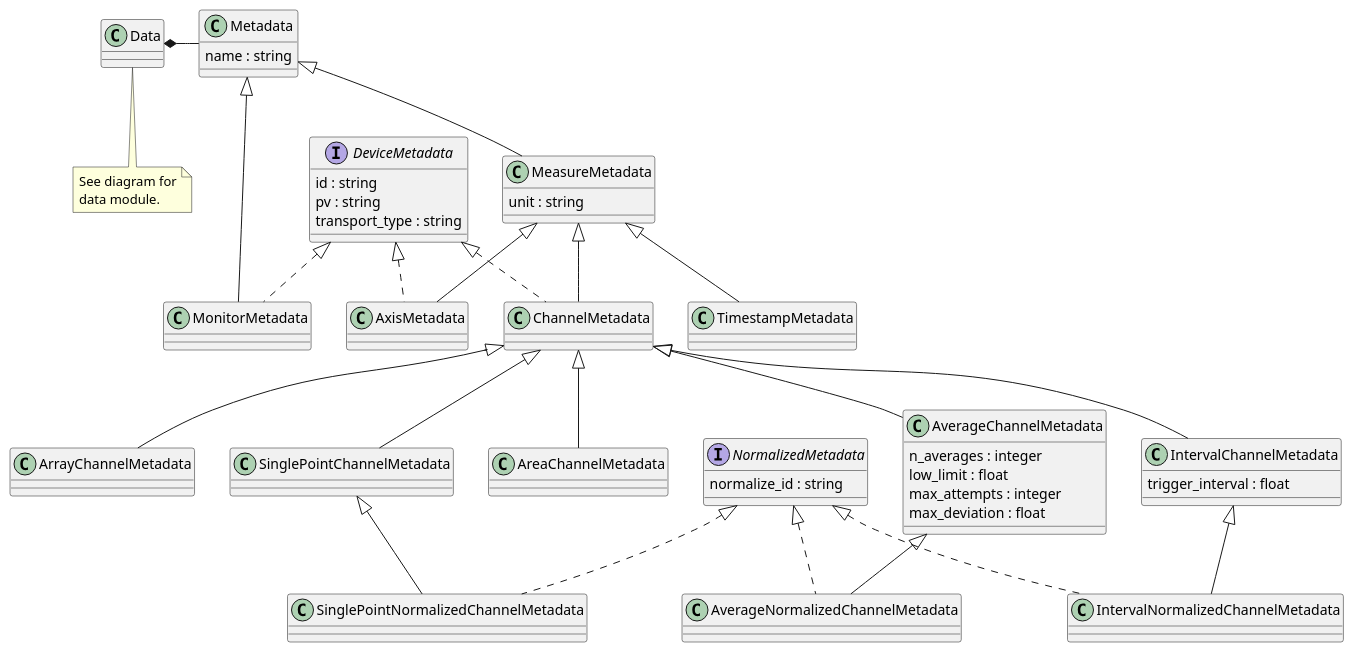
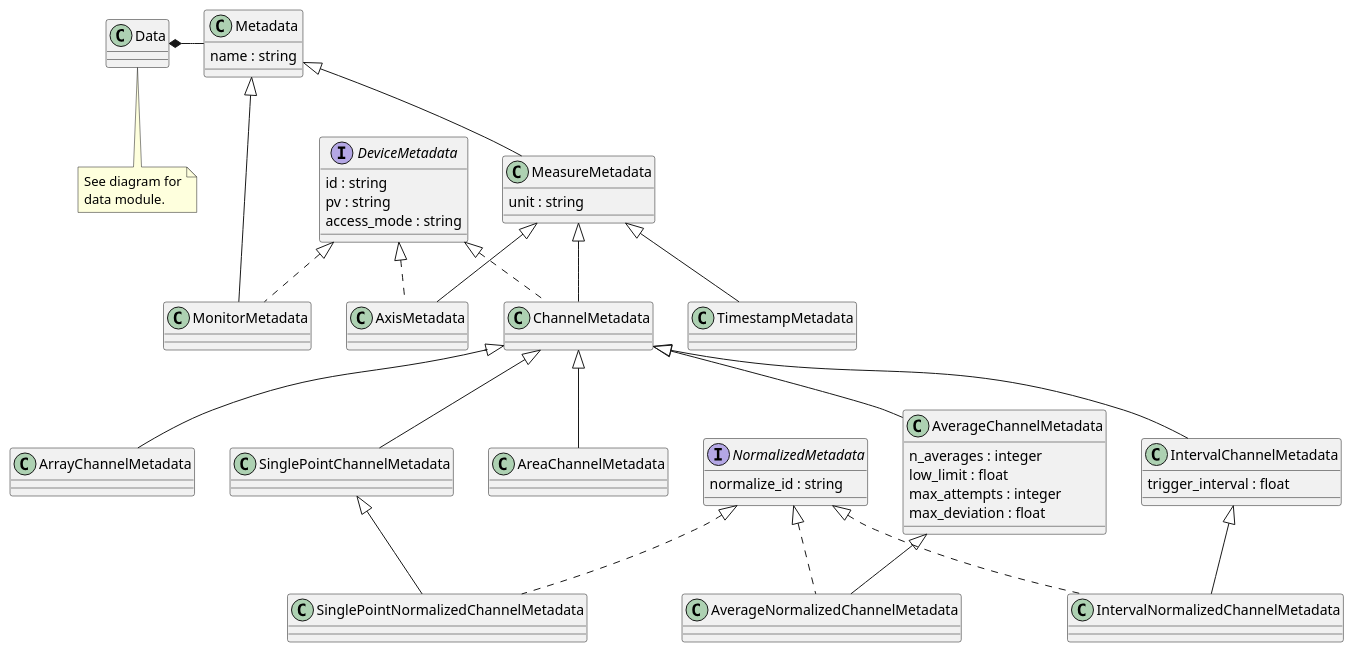
The diagram in docs/uml/evedata.evefile.metadata.puml (tillbiskup/evedata), drawn with PlantUML before and after one commit. The commit also changed 5 other files, not shown here.

Commit message:
Cleanup architecture planning: remove many no longer open questions; update schemata accordingly

```diff
--- a/docs/uml/evedata.evefile.metadata.puml
+++ b/docs/uml/evedata.evefile.metadata.puml
@@ -1,64 +1,64 @@
 @startuml
 
 class Metadata {
     name : string
 }
 
 class Data {
 }
 note bottom: See diagram for\ndata module.
 
 interface DeviceMetadata {
     id : string
     pv : string
-    transport_type : string
+    access_mode : string
 }
 
 class MeasureMetadata extends Metadata {
     unit : string
 }
 
 class MonitorMetadata extends Metadata implements DeviceMetadata {
 }
 
 class AxisMetadata extends MeasureMetadata implements DeviceMetadata  {
 }
 
 class ChannelMetadata extends MeasureMetadata implements DeviceMetadata  {
 }
 
 class TimestampMetadata extends MeasureMetadata {
 }
 
 class SinglePointChannelMetadata extends ChannelMetadata {}
 
 class AverageChannelMetadata extends ChannelMetadata {
     n_averages : integer
     low_limit : float
     max_attempts : integer
     max_deviation : float
 }
 
 class IntervalChannelMetadata extends ChannelMetadata {
     trigger_interval : float
 }
 
 class ArrayChannelMetadata extends ChannelMetadata {
 }
 
 class AreaChannelMetadata extends ChannelMetadata {
 }
 
 Data *- Metadata
 
 interface NormalizedMetadata {
     normalize_id : string
 }
 
 class SinglePointNormalizedChannelMetadata extends SinglePointChannelMetadata implements NormalizedMetadata {}
 
 class AverageNormalizedChannelMetadata extends AverageChannelMetadata implements NormalizedMetadata {}
 
 class IntervalNormalizedChannelMetadata extends IntervalChannelMetadata implements NormalizedMetadata {}
 
 @enduml
```
